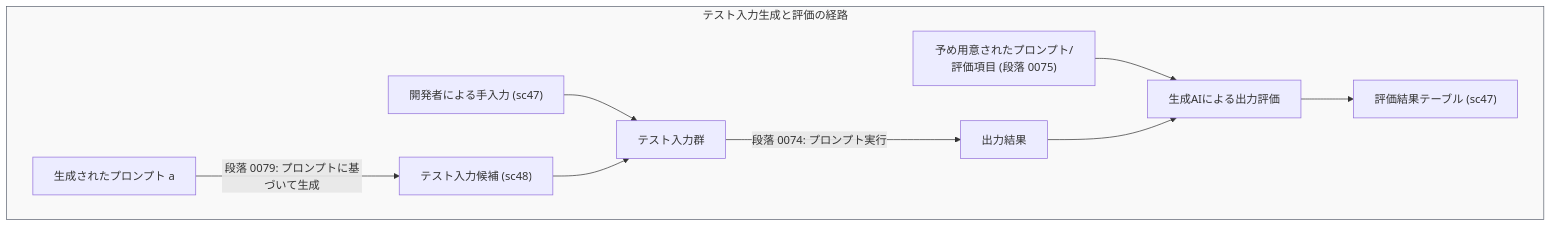
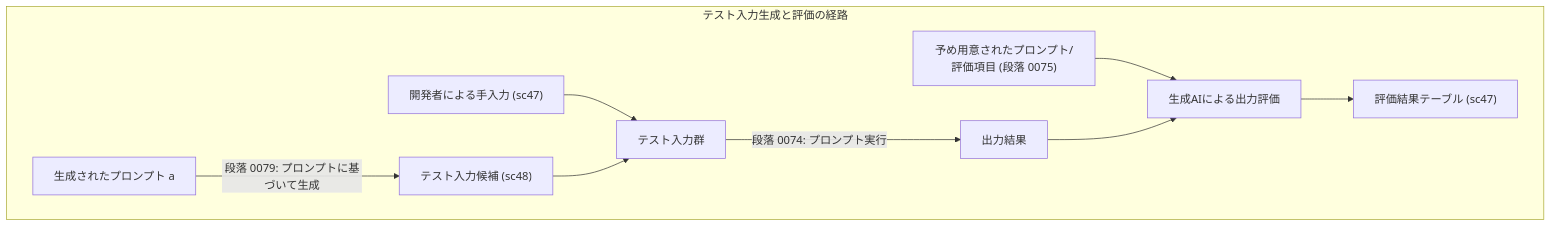
The sixth of 6 diagrams in _posts/2026-09-05-elyza-tasks-feature-strengths.md (hideshi/blog), drawn with Mermaid before and after one commit. The commit also changed 1 other file, not shown here.

Commit message:
Mermaid図のダークテーマ対応とテストループ図の背景色・文字色コントラストを改善

````diff
--- a/_posts/2026-09-05-elyza-tasks-feature-strengths.md
+++ b/_posts/2026-09-05-elyza-tasks-feature-strengths.md
@@ -361,14 +361,12 @@
 ```mermaid
 flowchart TD
     subgraph test_loop["テスト入力生成と評価の経路"]
         Prompt["生成されたプロンプト a"] -->|段落 0079: プロンプトに基づいて生成| TestInputs["テスト入力候補 (sc48)"]
         DevInputs["開発者による手入力 (sc47)"] --> TestSuite["テスト入力群"]
         TestInputs --> TestSuite
         TestSuite -->|段落 0074: プロンプト実行| TestOutputs["出力結果"]
         PromptRules["予め用意されたプロンプト/評価項目 (段落 0075)"] --> LLMJudge["生成AIによる出力評価"]
         TestOutputs --> LLMJudge
         LLMJudge --> Table["評価結果テーブル (sc47)"]
     end
-    
-    style test_loop fill:#f9f9f9,stroke:#5c6370,stroke-width:1px
 ```
````
